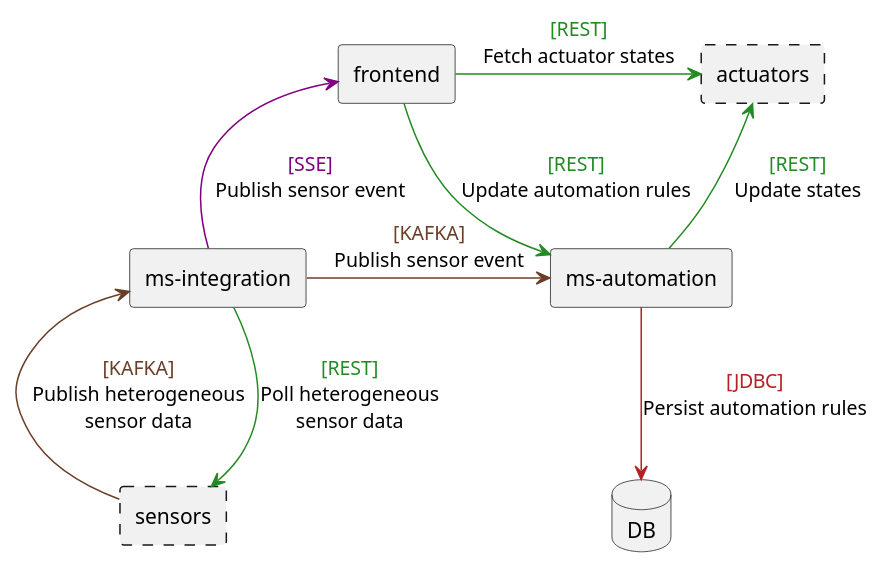
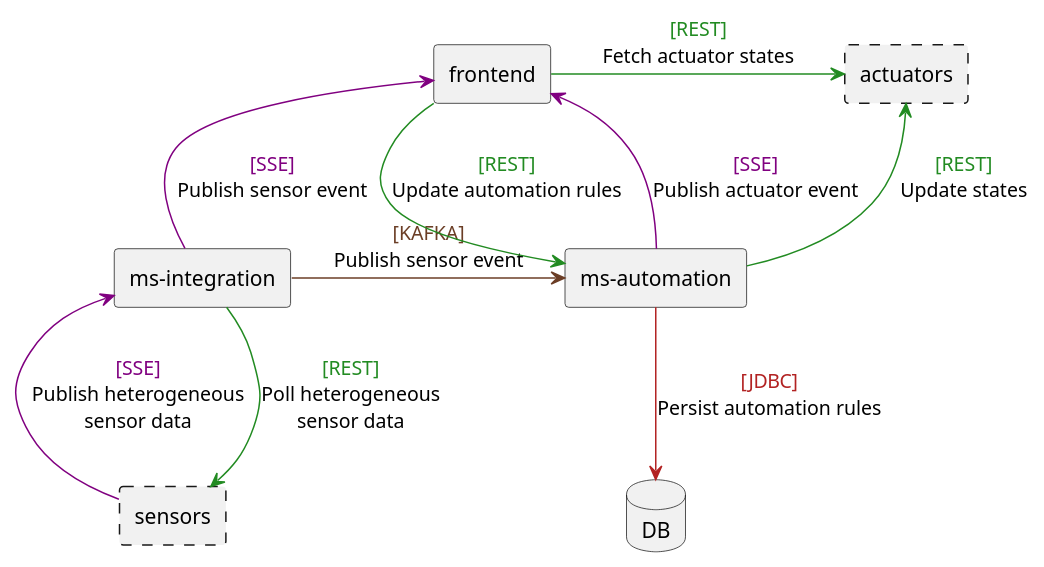
The diagram in booklets/architecture.puml (robev2252060/2247107_MAP), drawn with PlantUML before and after one commit.

Commit message:
Updated architecture.puml
- Changed Sensors publish method from kafka to SSE
- Added actuator events from Automation to Frontend

```diff
--- a/booklets/architecture.puml
+++ b/booklets/architecture.puml
@@ -1,26 +1,27 @@
 @startuml
 skinparam componentStyle rectangle
 
 component "frontend"       as fe
 component "actuators"      as act #line.dashed
 component "sensors"        as src #line.dashed
 component "ms-integration" as int
 component "ms-automation"  as auto
 
 database "DB" as db
 
 ' Data integration
-src -[#6B3E26]up->   int : <color:#6B3E26>[KAFKA]</color>\nPublish heterogeneous\nsensor data
+src -[#800080]up->   int : <color:#800080>[SSE]</color>\nPublish heterogeneous\nsensor data
 int -[#228B22]down-> src : <color:#228B22>[REST]</color>\nPoll heterogeneous\nsensor data
 int -[#800080]up->    fe  : <color:#800080>[SSE]</color>\nPublish sensor event
 int  -[#6B3E26]right-> auto : <color:#6B3E26>[KAFKA]</color>\nPublish sensor event
 
 ' Data processing
 fe   -[#228B22]right-> auto : <color:#228B22>[REST]</color>\nUpdate automation rules
 auto -[#B22222]down->  db   : <color:#B22222>[JDBC]</color>\nPersist automation rules
 auto -[#228B22]up->    act  : <color:#228B22>[REST]</color>\nUpdate states
+auto -[#800080]up->    fe   : <color:#800080>[SSE]</color>\nPublish actuator event
 
 ' Data display
 fe  -[#228B22]right-> act : <color:#228B22>[REST]</color>\nFetch actuator states
 
 @enduml
```
